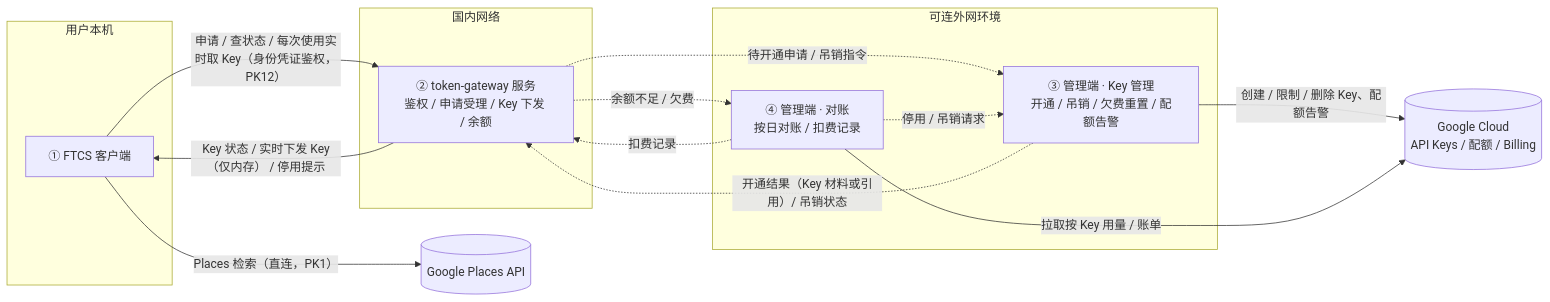
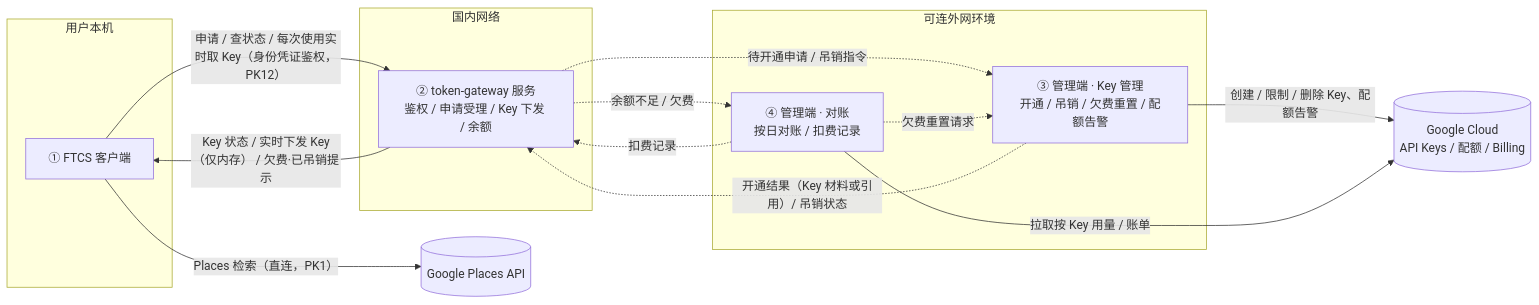
One commit to Pedro-MAFS/ftcs changed the first of 2 diagrams in docs/30-需求-Places官方通道按用户下发APIKey.md. Above: the diagram before and after it, drawn with Mermaid. The commit also changed other lines of this file, not shown here.

````diff
--- a/docs/30-需求-Places官方通道按用户下发APIKey.md
+++ b/docs/30-需求-Places官方通道按用户下发APIKey.md
@@ -75,26 +75,26 @@
 ```mermaid
 flowchart LR
   subgraph User[用户本机]
     C[① FTCS 客户端]
   end
   subgraph CN[国内网络]
     G[② token-gateway 服务<br/>鉴权 / 申请受理 / Key 下发 / 余额]
   end
   subgraph Intl[可连外网环境]
     AK[③ 管理端 · Key 管理<br/>开通 / 吊销 / 欠费重置 / 配额告警]
     AR[④ 管理端 · 对账<br/>按日对账 / 扣费记录]
   end
   GP[(Google Places API)]
   GC[(Google Cloud<br/>API Keys / 配额 / Billing)]
 
   C -- 申请 / 查状态 / 每次使用实时取 Key（身份凭证鉴权，PK12） --> G
-  G -- Key 状态 / 实时下发 Key（仅内存） / 停用提示 --> C
+  G -- Key 状态 / 实时下发 Key（仅内存） / 欠费·已吊销提示 --> C
   C -- Places 检索（直连，PK1） --> GP
   G -. 待开通申请 / 吊销指令 .-> AK
   AK -. 开通结果（Key 材料或引用）/ 吊销状态 .-> G
   AK -- 创建 / 限制 / 删除 Key、配额告警 --> GC
   AR -- 拉取按 Key 用量 / 账单 --> GC
   AR -. 扣费记录 .-> G
   G -. 余额不足 / 欠费 .-> AR
-  AR -. 停用 / 吊销请求 .-> AK
+  AR -. 欠费重置请求 .-> AK
 ```
````
